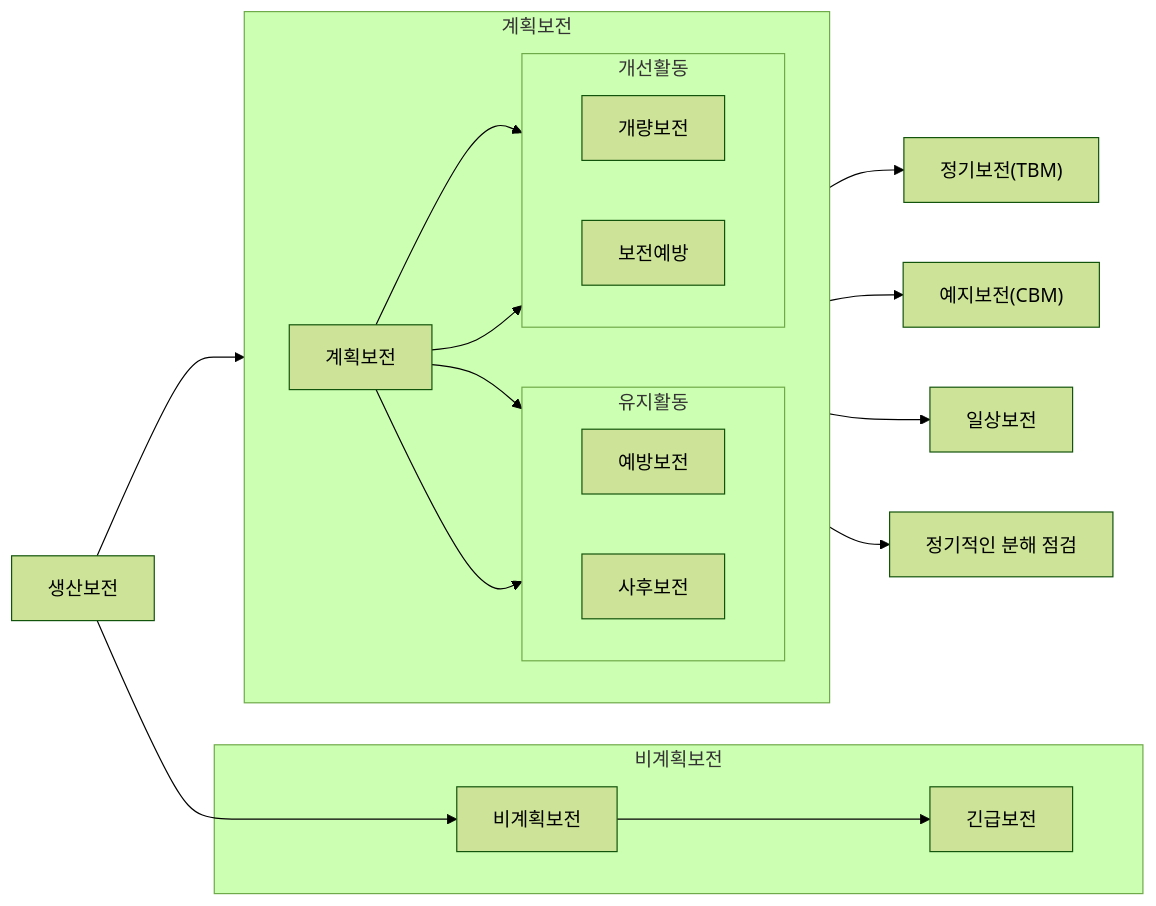
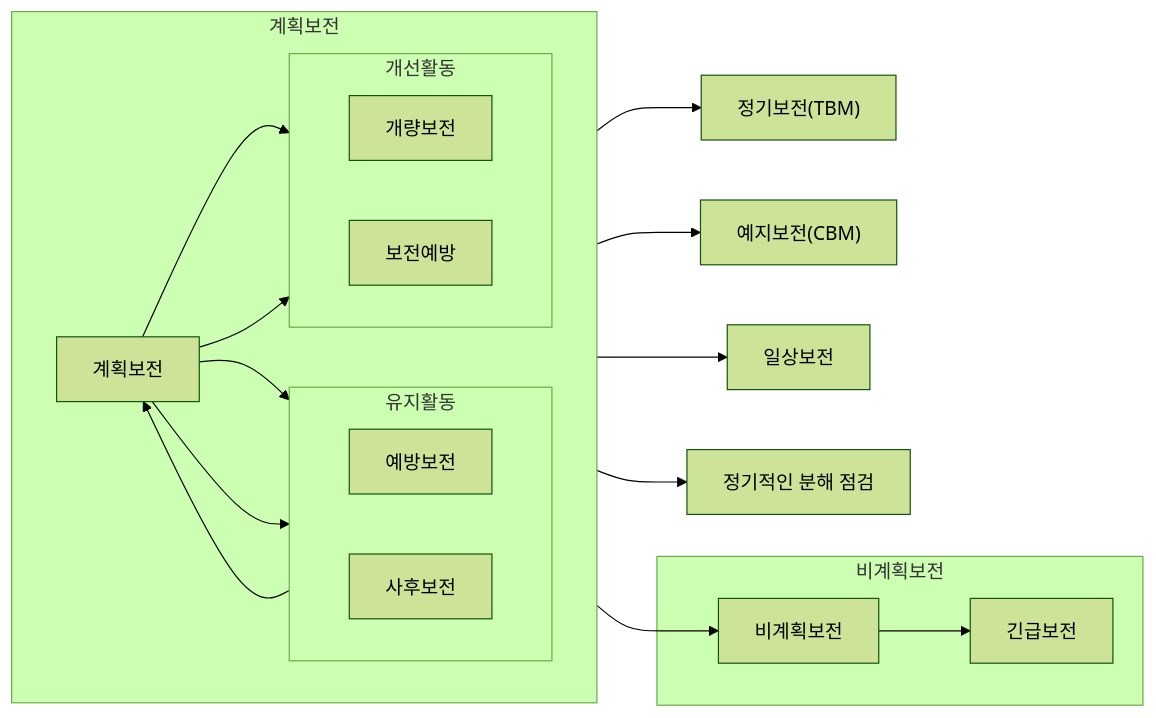
One commit to yeonkyupark/pepc2e changed the third of 5 diagrams in 0602설비보전관리.qmd. Above: the diagram before and after it, drawn with Mermaid (forest theme). The commit also changed other lines of this file, not shown here.

````diff
--- a/0602설비보전관리.qmd
+++ b/0602설비보전관리.qmd
@@ -180,25 +180,25 @@
 ```{mermaid}
 flowchart LR
 
   subgraph sg2[비계획보전]
     비계획보전 --> 긴급보전
   end
 
   subgraph sg1[계획보전]
     direction LR 
     subgraph sg11[유지활동]
     direction LR
       예방보전
       사후보전
     end
     subgraph sg12[개선활동]
     direction LR 
       개량보전
       보전예방
     end 
     계획보전 --> 예방보전 & 사후보전 & 개량보전 & 보전예방
   end
 
-생산보전 --> 계획보전 & 비계획보전
+예방보전 --> 계획보전 & 비계획보전
 예방보전 --> 1["정기보전(TBM)"] & 2["예지보전(CBM)"] & 3["일상보전"] & 4["정기적인 분해 점검"]  
 ```
````
